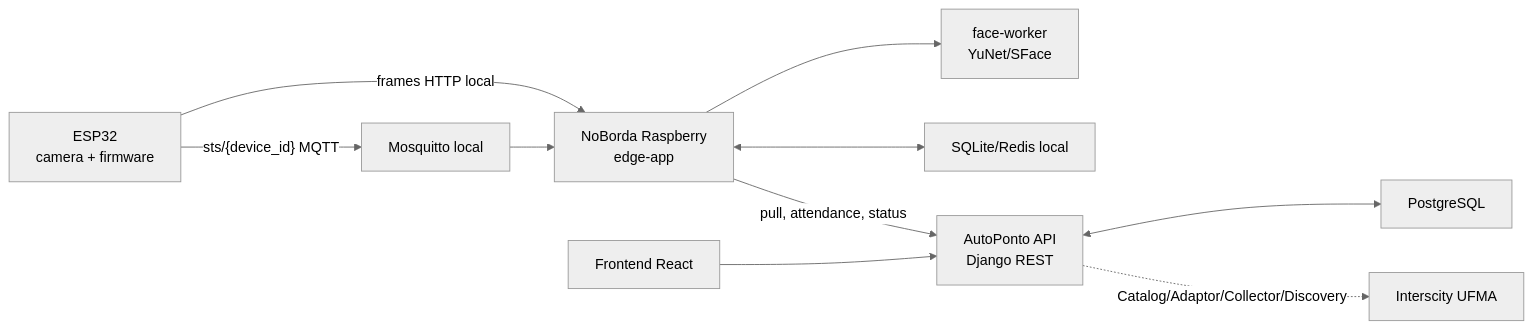
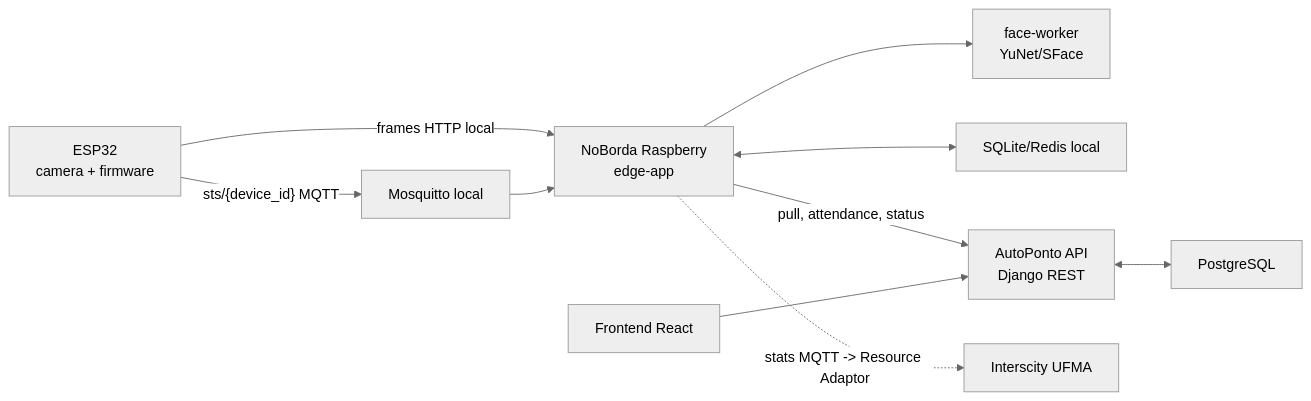
Before and after one commit to DanielKGM/autoponto: the first of 11 diagrams in autoponto-backend/docs/diagramas-tcc.md, drawn with Mermaid (neutral theme). The commit also changed other lines of this file and 9 other files, not shown here.

Commit message:
refactor: Clean up test cases and improve documentation for edge integration and IntersCity API

````diff
--- a/autoponto-backend/docs/diagramas-tcc.md
+++ b/autoponto-backend/docs/diagramas-tcc.md
@@ -7,12 +7,12 @@
 ```mermaid
 flowchart LR
     ESP["ESP32\ncamera + firmware"] -->|"frames HTTP local"| Edge["NoBorda Raspberry\nedge-app"]
     ESP -->|"sts/{device_id} MQTT"| MQTT["Mosquitto local"]
     MQTT --> Edge
     Edge --> Face["face-worker\nYuNet/SFace"]
     Edge <--> Cache["SQLite/Redis local"]
     Edge -->|"pull, attendance, status"| API["AutoPonto API\nDjango REST"]
     API <--> DB["PostgreSQL"]
-    API -. "Catalog/Adaptor/Collector/Discovery" .-> IC["Interscity UFMA"]
+    Edge -. "stats MQTT -> Resource Adaptor" .-> IC["Interscity UFMA"]
     Front["Frontend React"] --> API
 ```
````
